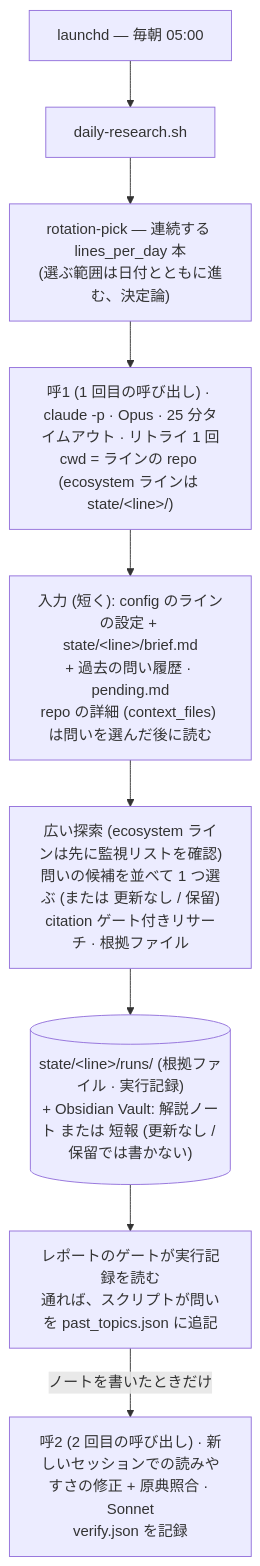
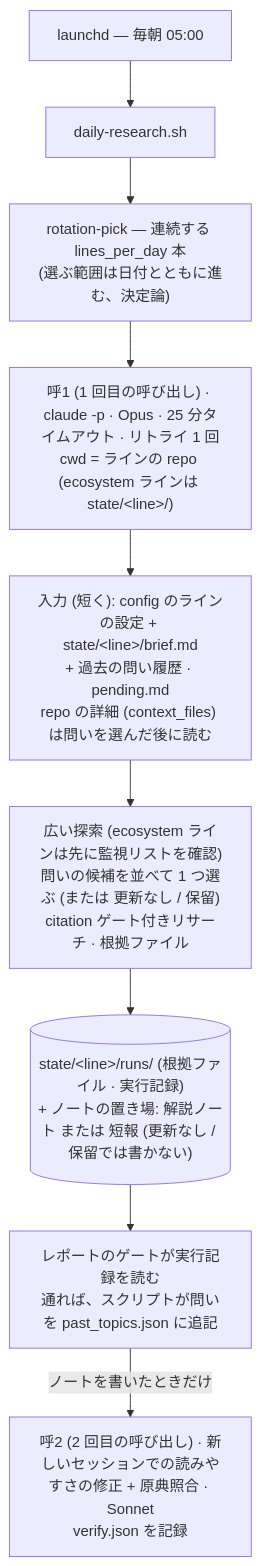
The diagram in README.ja.md (shimo4228/daily-research), drawn with Mermaid before and after one commit. The commit also changed other lines of this file and 8 other files, not shown here.

````diff
--- a/README.ja.md
+++ b/README.ja.md
@@ -19,11 +19,11 @@
 ```mermaid
 flowchart TD
     cron["launchd — 毎朝 05:00"] --> orch["daily-research.sh"]
     orch --> pick["rotation-pick — 連続する lines_per_day 本<br/>(選ぶ範囲は日付とともに進む、決定論)"]
     pick --> loop["呼1 (1 回目の呼び出し) · claude -p · Opus · 25 分タイムアウト · リトライ 1 回<br/>cwd = ラインの repo (ecosystem ラインは state/&lt;line&gt;/)"]
     loop --> ctx["入力 (短く): config のラインの設定 + state/&lt;line&gt;/brief.md<br/>+ 過去の問い履歴 · pending.md<br/>repo の詳細 (context_files) は問いを選んだ後に読む"]
     ctx --> run["広い探索 (ecosystem ラインは先に監視リストを確認)<br/>問いの候補を並べて 1 つ選ぶ (または 更新なし / 保留)<br/>citation ゲート付きリサーチ · 根拠ファイル"]
-    run --> out[("state/&lt;line&gt;/runs/ (根拠ファイル · 実行記録)<br/>+ Obsidian Vault: 解説ノート または 短報 (更新なし / 保留では書かない)")]
+    run --> out[("state/&lt;line&gt;/runs/ (根拠ファイル · 実行記録)<br/>+ ノートの置き場: 解説ノート または 短報 (更新なし / 保留では書かない)")]
     out --> gate["レポートのゲートが実行記録を読む<br/>通れば、スクリプトが問いを past_topics.json に追記"]
     gate -->|ノートを書いたときだけ| clarity["呼2 (2 回目の呼び出し) · 新しいセッションでの読みやすさの修正 + 原典照合 · Sonnet<br/>verify.json を記録"]
 ```
````
